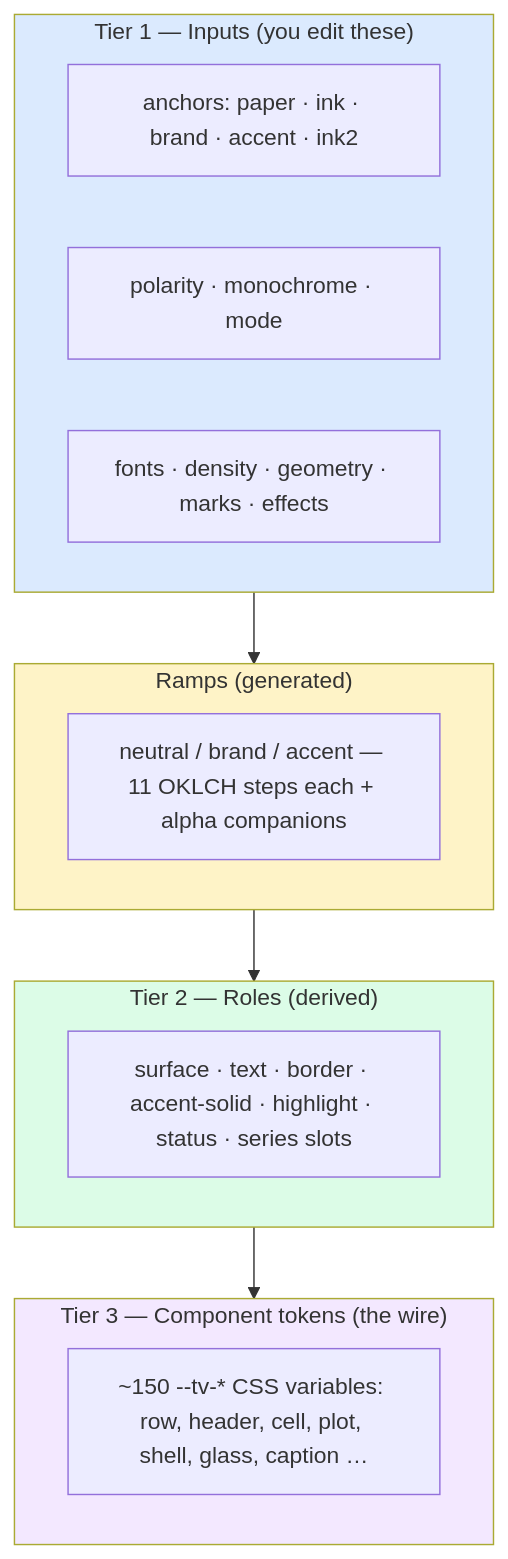
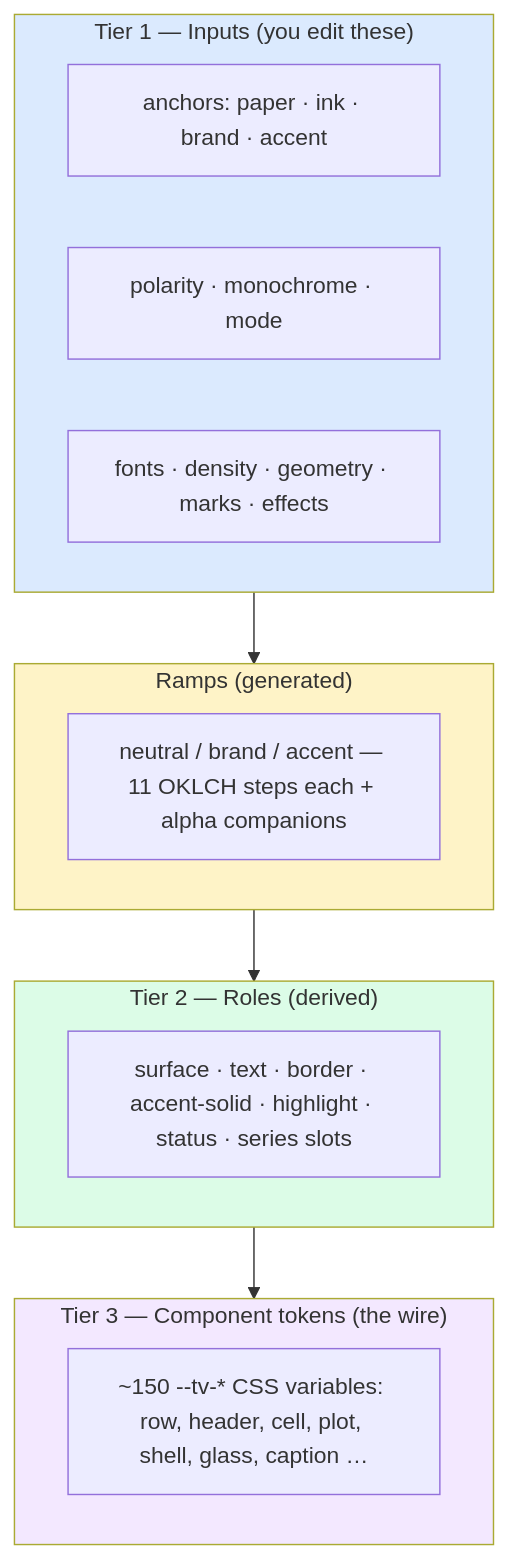
The second of 2 diagrams in docs/guide/themes.qmd (kaskarn/tabviz), drawn with Mermaid before and after one commit. The commit also changed other lines of this file and 7 other files, not shown here.

````diff
--- a/docs/guide/themes.qmd
+++ b/docs/guide/themes.qmd
@@ -308,25 +312,25 @@
 ```{mermaid}
 flowchart TB
     subgraph T1["Tier 1 — Inputs (you edit these)"]
-      anchors["anchors: paper · ink · brand · accent · ink2"] & axes["polarity · monochrome · mode"] & rest["fonts · density · geometry · marks · effects"]
+      anchors["anchors: paper · ink · brand · accent"] & axes["polarity · monochrome · mode"] & rest["fonts · density · geometry · marks · effects"]
     end
 
     subgraph T0["Ramps (generated)"]
       ramps["neutral / brand / accent — 11 OKLCH steps each + alpha companions"]
     end
 
     subgraph T2["Tier 2 — Roles (derived)"]
       roles["surface · text · border · accent-solid · highlight · status · series slots"]
     end
 
     subgraph T3["Tier 3 — Component tokens (the wire)"]
       tokens["~150 --tv-* CSS variables: row, header, cell, plot, shell, glass, caption …"]
     end
 
     T1 --> T0 --> T2 --> T3
 
     style T1 fill:#dbeafe
     style T0 fill:#fef3c7
     style T2 fill:#dcfce7
     style T3 fill:#f3e8ff
 ```
````
